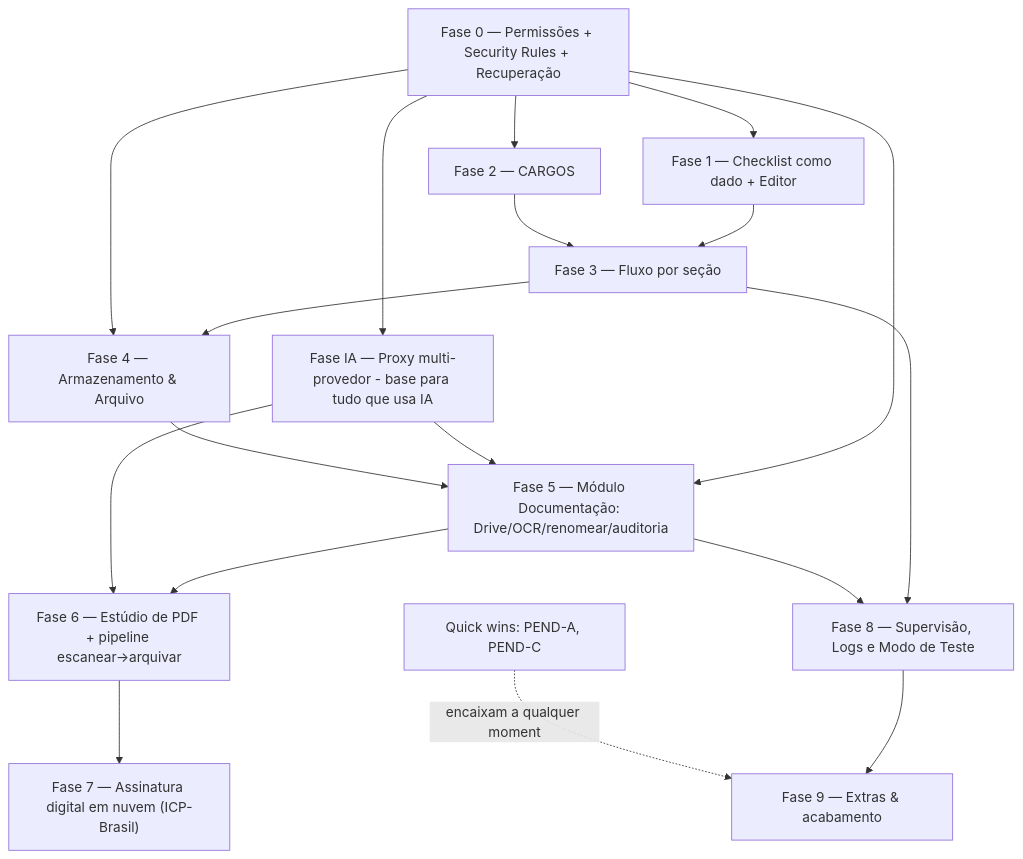
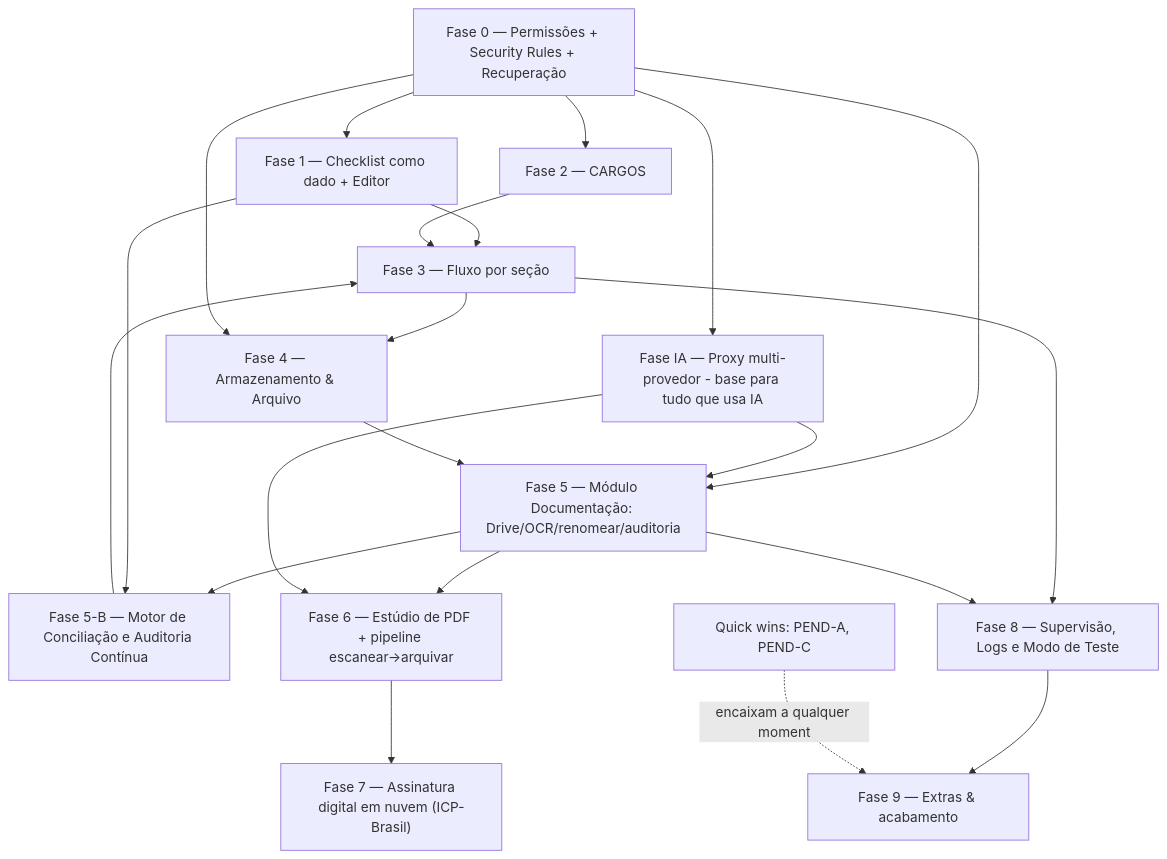
One commit to taynaves/ccb-pia-compliance changed the diagram in docs/PLANO_MESTRE_IMPLEMENTACAO_v1.md. Above: the diagram before and after it, drawn with Mermaid. The commit also changed other lines of this file and 1 other file, not shown here.

First line of the commit message:
docs: Motor de Conciliação e Auditoria Contínua (auditor-IA) + Fase 5-B no plano

````diff
--- a/docs/PLANO_MESTRE_IMPLEMENTACAO_v1.md
+++ b/docs/PLANO_MESTRE_IMPLEMENTACAO_v1.md
@@ -44,20 +44,23 @@
 ```mermaid
 graph TD
   F0["Fase 0 — Permissões + Security Rules + Recuperação"] --> F1["Fase 1 — Checklist como dado + Editor"]
   F0 --> F2["Fase 2 — CARGOS"]
   F1 --> F3["Fase 3 — Fluxo por seção"]
   F2 --> F3
   F0 --> FIA["Fase IA — Proxy multi-provedor - base para tudo que usa IA"]
   F3 --> F4["Fase 4 — Armazenamento & Arquivo"]
   F0 --> F4
   F0 --> F5["Fase 5 — Módulo Documentação: Drive/OCR/renomear/auditoria"]
   FIA --> F5
   F4 --> F5
+  F5 --> F5B["Fase 5-B — Motor de Conciliação e Auditoria Contínua"]
+  F1 --> F5B
+  F5B --> F3
   F5 --> F6["Fase 6 — Estúdio de PDF + pipeline escanear→arquivar"]
   FIA --> F6
   F6 --> F7["Fase 7 — Assinatura digital em nuvem (ICP-Brasil)"]
   F3 --> F8["Fase 8 — Supervisão, Logs e Modo de Teste"]
   F5 --> F8
   F8 --> F9["Fase 9 — Extras & acabamento"]
   QW["Quick wins: PEND-A, PEND-C"] -.encaixam a qualquer momento.-> F9
 ```
````
